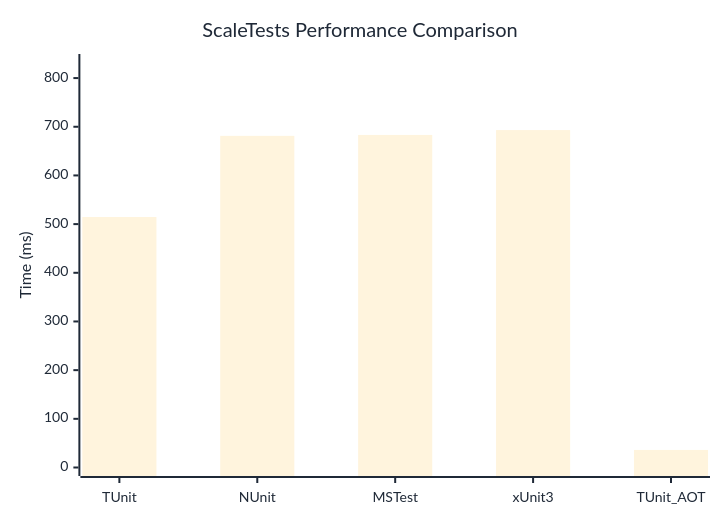
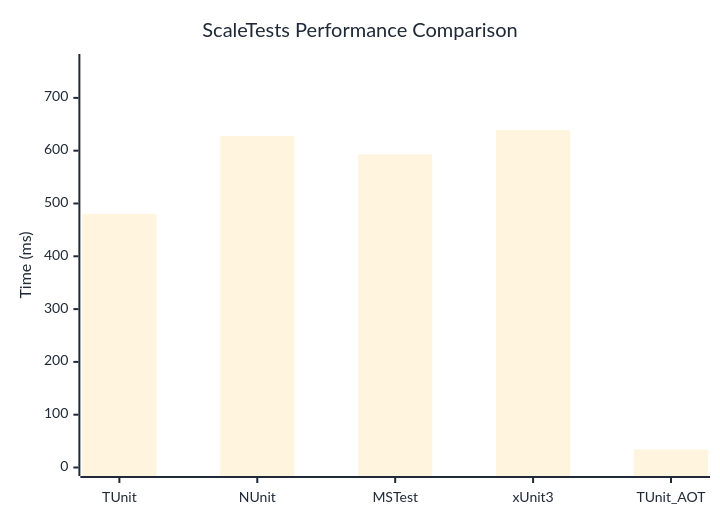
The diagram in docs/docs/benchmarks/ScaleTests.md (thomhurst/TUnit), drawn with Mermaid before and after one commit. The commit also changed other lines of this file and 17 other files, not shown here.

````diff
--- a/docs/docs/benchmarks/ScaleTests.md
+++ b/docs/docs/benchmarks/ScaleTests.md
@@ -27,37 +27,37 @@
 ```mermaid
 %%{init: {
   'theme':'base',
   'themeVariables': {
     'primaryColor': '#2563eb',
     'primaryTextColor': '#1f2937',
     'primaryBorderColor': '#1e40af',
     'lineColor': '#6b7280',
     'secondaryColor': '#7c3aed',
     'tertiaryColor': '#dc2626',
     'background': '#ffffff',
     'mainBkg': '#2563eb',
     'secondBkg': '#7c3aed',
     'tertiaryBkg': '#dc2626',
     'clusterBkg': '#f3f4f6',
     'edgeLabelBackground': '#ffffff',
     'tertiaryTextColor': '#1f2937',
     'pie1': '#2563eb',
     'pie2': '#7c3aed',
     'pie3': '#dc2626',
     'pie4': '#f59e0b',
     'pie5': '#10b981',
     'pie6': '#06b6d4',
     'pie7': '#ec4899',
     'pie8': '#6366f1',
     'pie9': '#84cc16',
     'pie10': '#f97316',
     'pie11': '#14b8a6',
     'pie12': '#a855f7'
   }
 }}%%
 xychart-beta
   title "ScaleTests Performance Comparison"
   x-axis ["TUnit", "NUnit", "MSTest", "xUnit3", "TUnit_AOT"]
-  y-axis "Time (ms)" 0 --> 832
-  bar [514.6, 681.33, 683.19, 693.17, 36.08]
+  y-axis "Time (ms)" 0 --> 767
+  bar [480.44, 627.92, 592.94, 638.96, 33.91]
 ```
````
